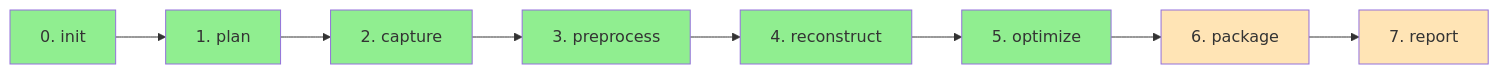
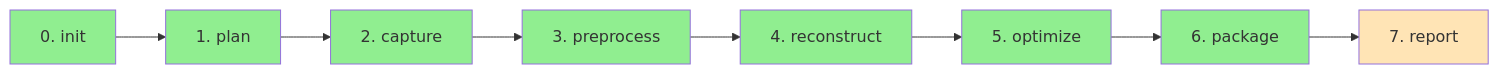
One commit to TANUKIpro/scan2mesh changed the diagram in README.md. Above: the diagram before and after it, drawn with Mermaid. The commit also changed other lines of this file and 8 other files, not shown here.

````diff
--- a/README.md
+++ b/README.md
@@ -46,19 +46,19 @@
 ```mermaid
 graph LR
     A[0. init] --> B[1. plan]
     B --> C[2. capture]
     C --> D[3. preprocess]
     D --> E[4. reconstruct]
     E --> F[5. optimize]
     F --> G[6. package]
     G --> H[7. report]
 
     style A fill:#90EE90
     style B fill:#90EE90
     style C fill:#90EE90
     style D fill:#90EE90
     style E fill:#90EE90
     style F fill:#90EE90
-    style G fill:#FFE4B5
+    style G fill:#90EE90
     style H fill:#FFE4B5
 ```
````
